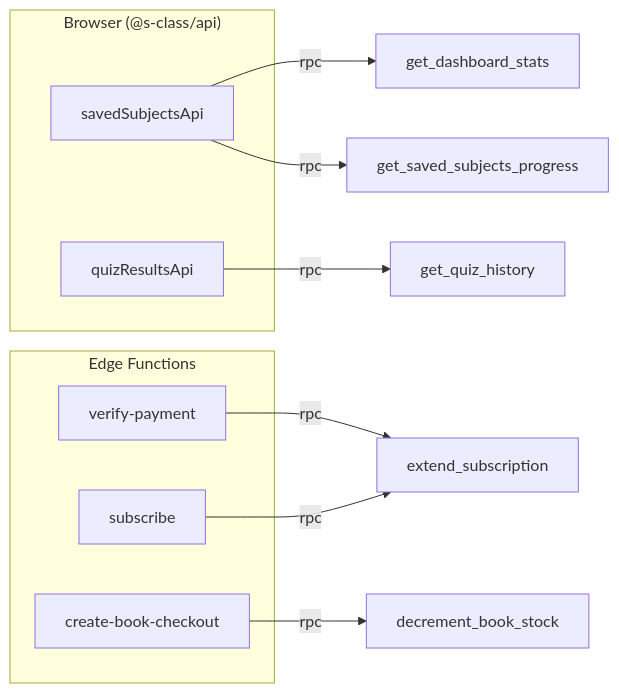
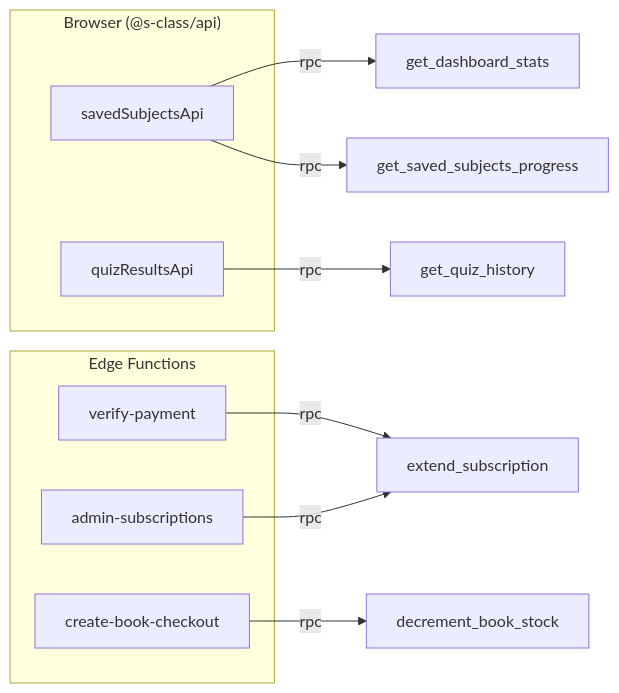
Before and after one commit to johnryAtienza/elearning-review-platform: the diagram in docs/database/rpcs.md, drawn with Mermaid. The commit also changed other lines of this file and 41 other files, not shown here.

````diff
--- a/docs/database/rpcs.md
+++ b/docs/database/rpcs.md
@@ -35,18 +35,18 @@
 ```mermaid
 flowchart LR
   subgraph browser["Browser (@s-class/api)"]
     SS[savedSubjectsApi]
     QR[quizResultsApi]
   end
   subgraph edge["Edge Functions"]
     VP[verify-payment]
-    SUB[subscribe]
+    ADM[admin-subscriptions]
     CBC[create-book-checkout]
   end
   SS -->|rpc| GDS[get_dashboard_stats]
   SS -->|rpc| GSP[get_saved_subjects_progress]
   QR -->|rpc| GQH[get_quiz_history]
   VP -->|rpc| ES[extend_subscription]
-  SUB -->|rpc| ES
+  ADM -->|rpc| ES
   CBC -->|rpc| DBS[decrement_book_stock]
 ```
````
